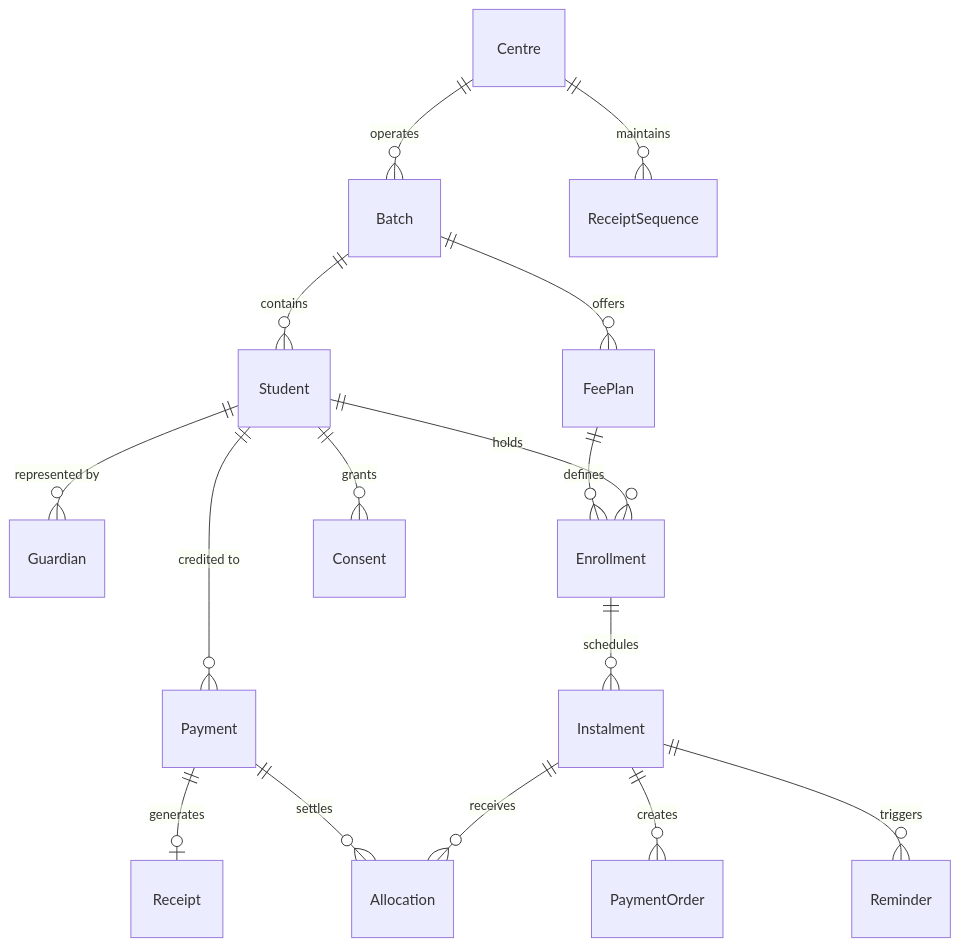
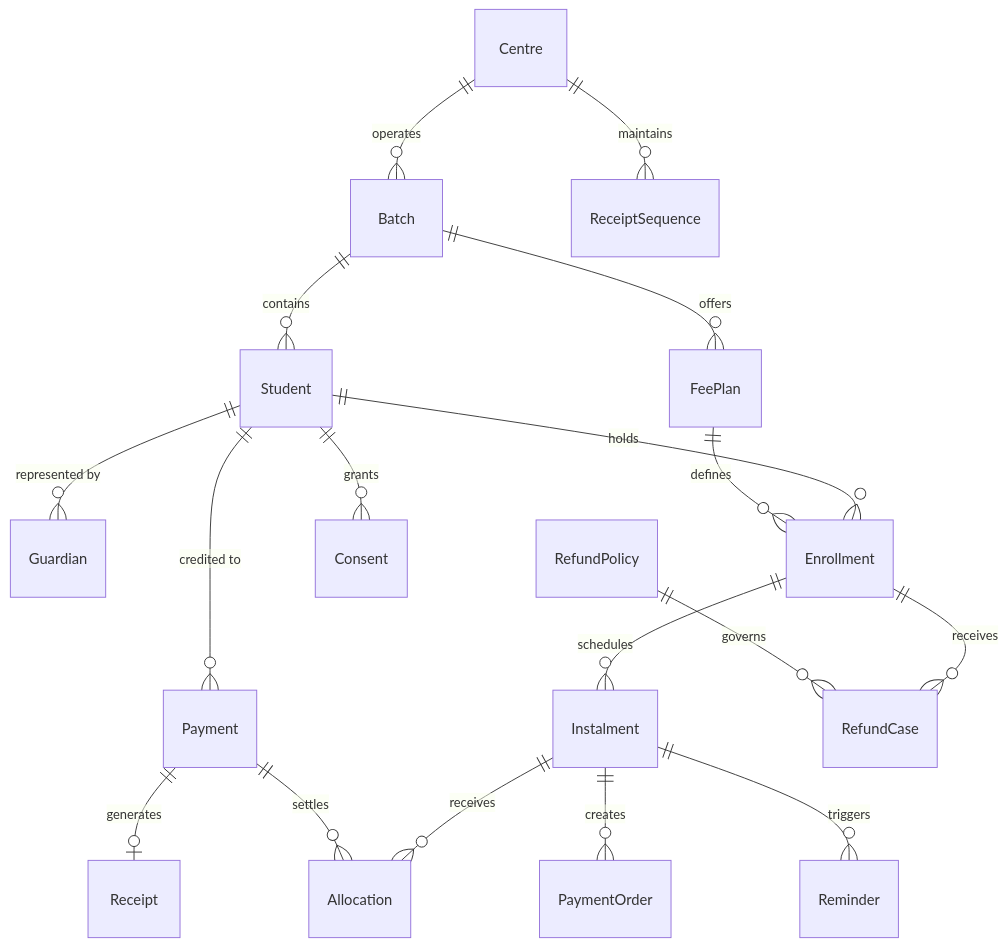
Before and after one commit to kanishkzzz/Payshift: the diagram in README.md, drawn with Mermaid. The commit also changed other lines of this file and 12 other files, not shown here.

````diff
--- a/README.md
+++ b/README.md
@@ -211,18 +258,20 @@
 ```mermaid
 erDiagram
     Centre ||--o{ Batch : operates
     Centre ||--o{ ReceiptSequence : maintains
     Batch ||--o{ Student : contains
     Batch ||--o{ FeePlan : offers
     Student ||--o{ Guardian : "represented by"
     Student ||--o{ Enrollment : holds
     Student ||--o{ Payment : "credited to"
     Student ||--o{ Consent : grants
     FeePlan ||--o{ Enrollment : defines
     Enrollment ||--o{ Instalment : schedules
+    Enrollment ||--o{ RefundCase : receives
     Instalment ||--o{ PaymentOrder : creates
     Instalment ||--o{ Allocation : receives
+    Instalment ||--o{ Reminder : triggers
     Payment ||--o{ Allocation : settles
     Payment ||--o| Receipt : generates
-    Instalment ||--o{ Reminder : triggers
+    RefundPolicy ||--o{ RefundCase : governs
 ```
````
